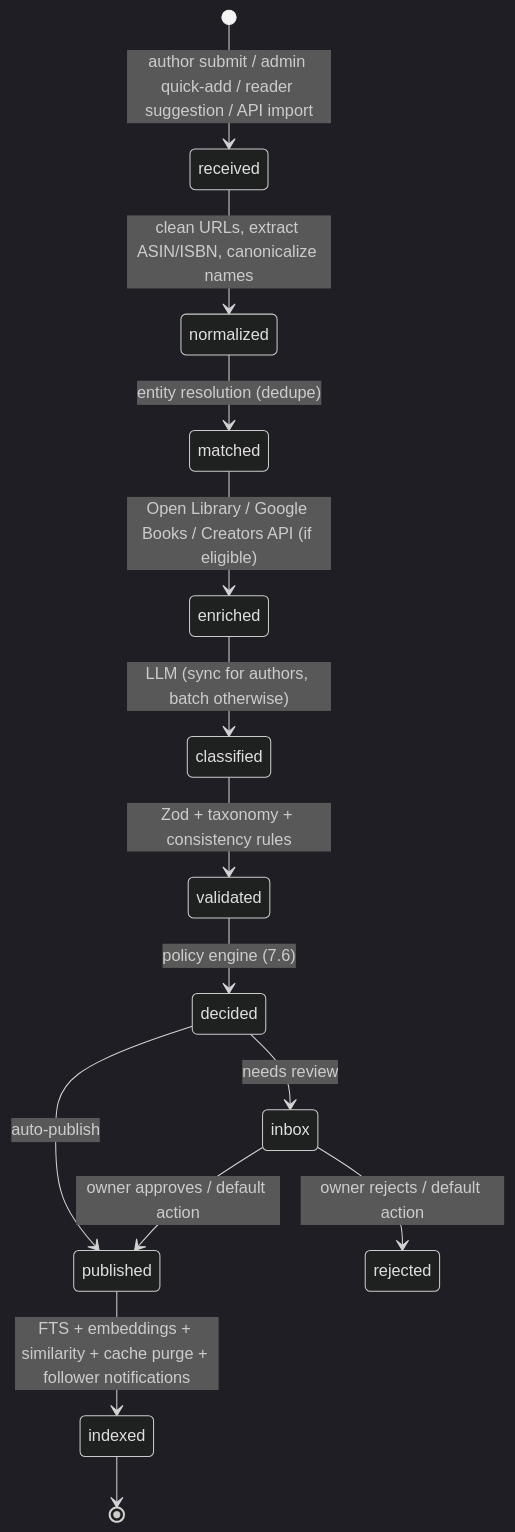
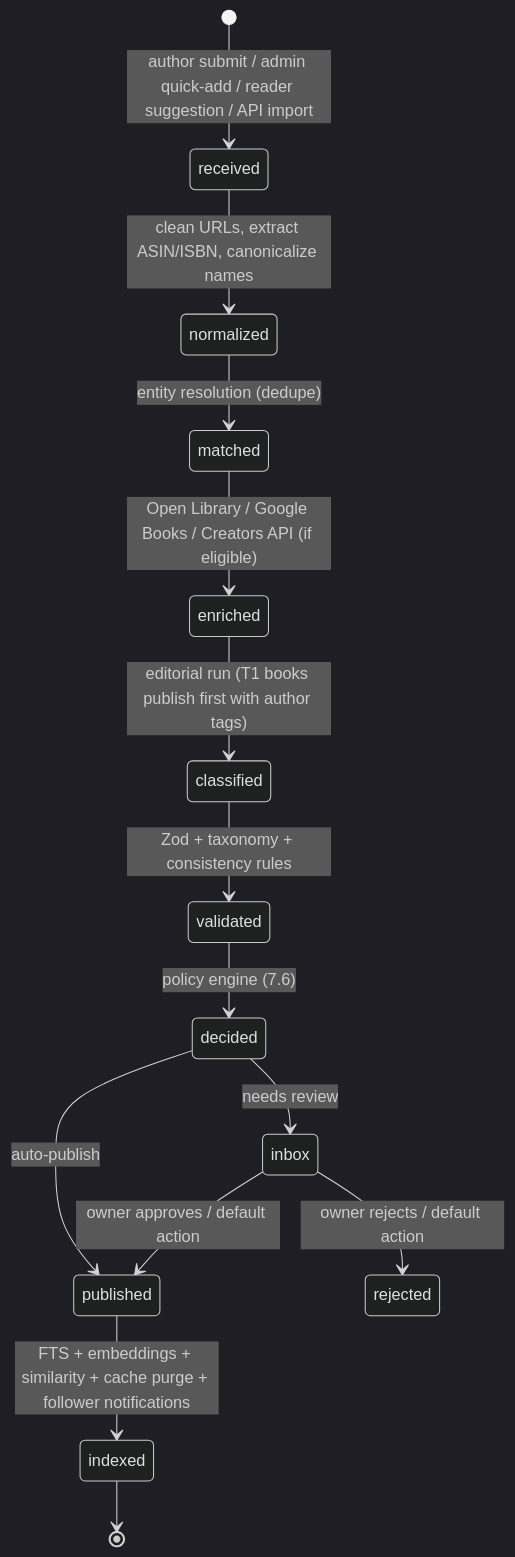
The second of 4 diagrams in docs/DESIGN.md (brocGit/readlitrpg.com), drawn with Mermaid (dark theme) before and after one commit. The commit also changed other lines of this file and 2 other files, not shown here.

````diff
--- a/docs/DESIGN.md
+++ b/docs/DESIGN.md
@@ -795,16 +827,16 @@
 ```mermaid
 stateDiagram-v2
   [*] --> received: author submit / admin quick-add / reader suggestion / API import
   received --> normalized: clean URLs, extract ASIN/ISBN, canonicalize names
   normalized --> matched: entity resolution (dedupe)
   matched --> enriched: Open Library / Google Books / Creators API (if eligible)
-  enriched --> classified: LLM (sync for authors, batch otherwise)
+  enriched --> classified: editorial run (T1 books publish first with author tags)
   classified --> validated: Zod + taxonomy + consistency rules
   validated --> decided: policy engine (7.6)
   decided --> published: auto-publish
   decided --> inbox: needs review
   inbox --> published: owner approves / default action
   inbox --> rejected: owner rejects / default action
   published --> indexed: FTS + embeddings + similarity + cache purge + follower notifications
   indexed --> [*]
 ```
````
